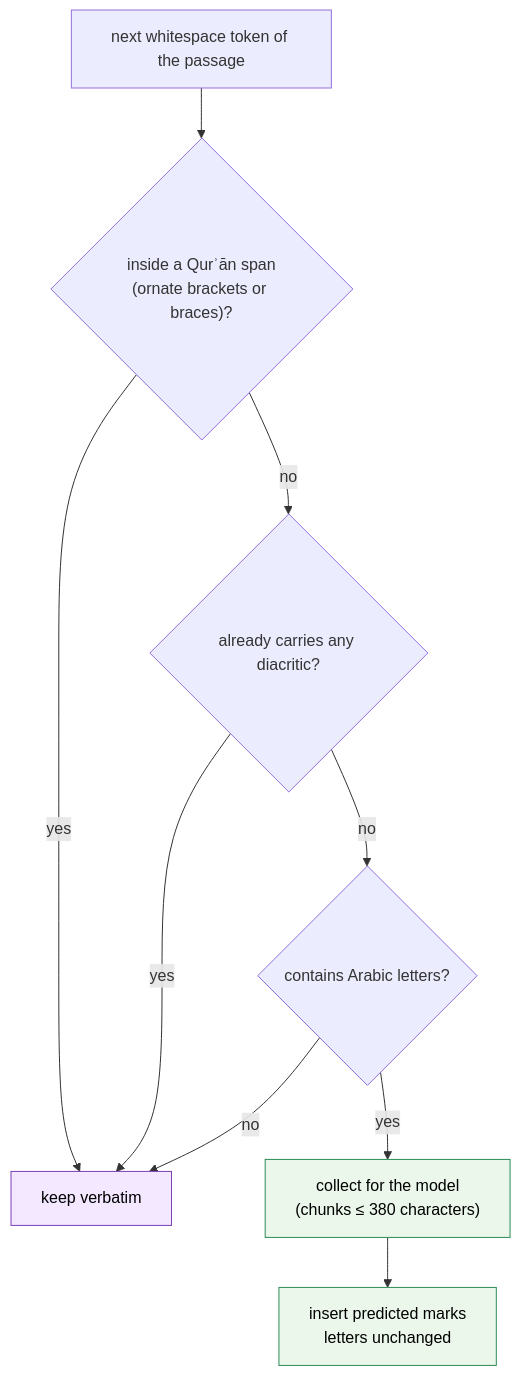
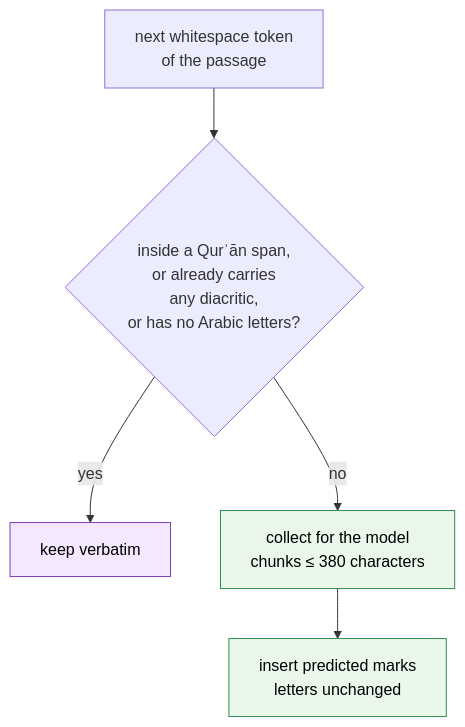
Diagram 14 of 14 in docs/PAPER.md (mohammadkhair7/khair-arabic-models), drawn with Mermaid before and after one commit. The commit also changed other lines of this file and 9 other files, not shown here.

````diff
--- a/docs/PAPER.md
+++ b/docs/PAPER.md
@@ -1017,15 +1002,11 @@
 ```mermaid
-flowchart TD
-    W["next whitespace token of the passage"] --> Q1{"inside a Qurʾān span<br/>(ornate brackets or braces)?"}
-    Q1 -- yes --> K["keep verbatim"]
-    Q1 -- no --> Q2{"already carries any diacritic?"}
-    Q2 -- yes --> K
-    Q2 -- no --> Q3{"contains Arabic letters?"}
-    Q3 -- no --> K
-    Q3 -- yes --> M["collect for the model<br/>(chunks ≤ 380 characters)"]
+flowchart TB
+    W["next whitespace token<br/>of the passage"] --> Q{"inside a Qurʾān span,<br/>or already carries<br/>any diacritic,<br/>or has no Arabic letters?"}
+    Q -- yes --> K["keep verbatim"]
+    Q -- no --> M["collect for the model<br/>chunks ≤ 380 characters"]
     M --> R["insert predicted marks<br/>letters unchanged"]
     classDef keep fill:#f3e8ff,stroke:#7b3fb8,color:#000
     classDef model fill:#eaf7ea,stroke:#2e8b57,color:#000
     class K keep
     class M,R model
 ```
````
